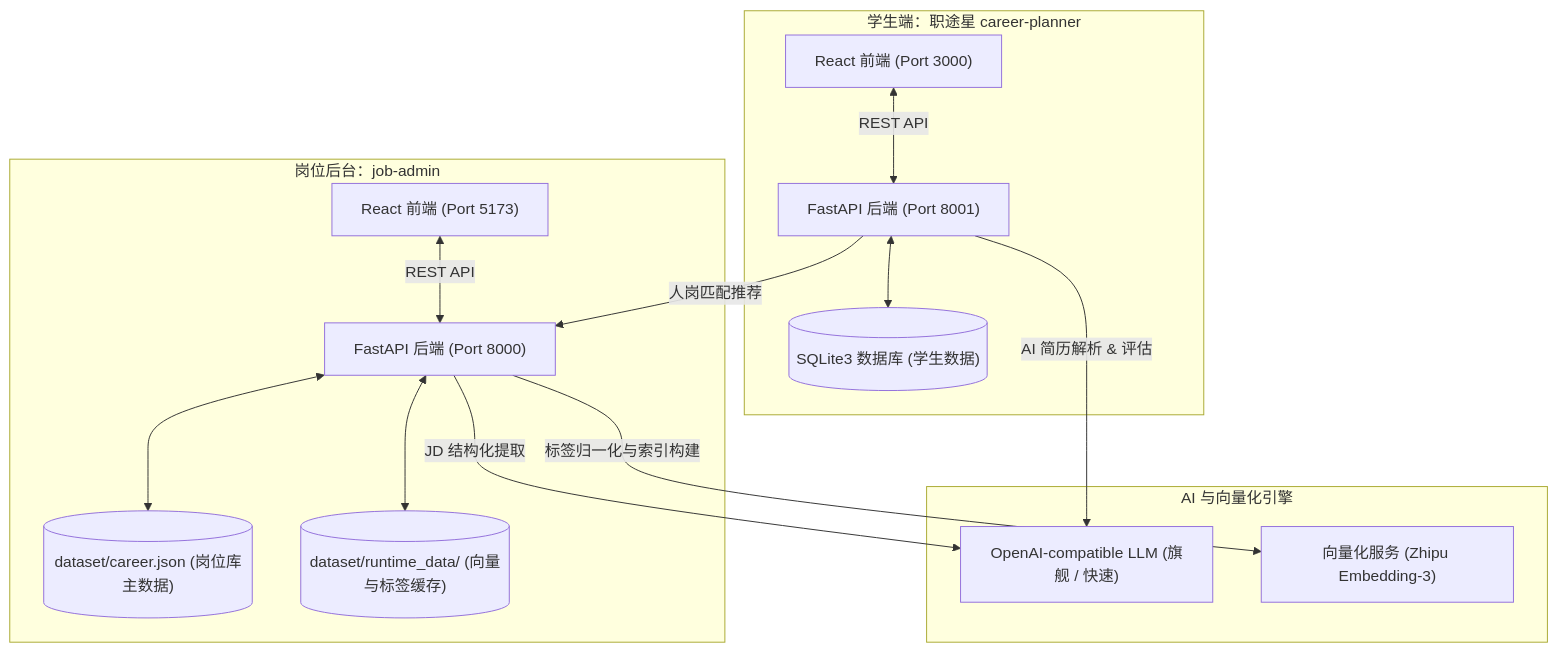
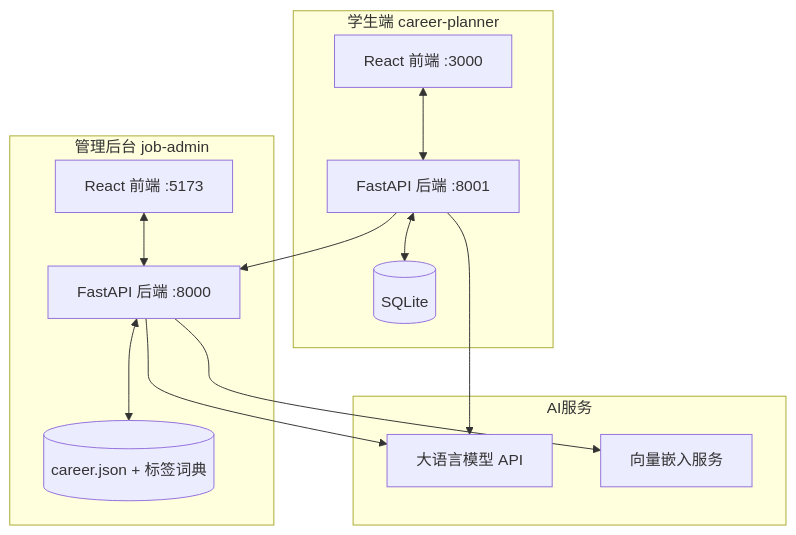
The diagram in README.md (connectedGraph/ai-job-match), drawn with Mermaid before and after one commit. The commit also changed other lines of this file and 65 other files, not shown here.

````diff
--- a/README.md
+++ b/README.md
@@ -54,30 +65,28 @@
 ```mermaid
 graph TD
-  subgraph StudentClient [学生端：职途星 career-planner]
-    CP_FE["React 前端 (Port 3000)"]
-    CP_BE["FastAPI 后端 (Port 8001)"]
-    SQLite[("SQLite3 数据库 (学生数据)")]
-    CP_FE <-->|REST API| CP_BE
-    CP_BE <--> SQLite
+  subgraph 学生端 [学生端 career-planner]
+    CP_FE[React 前端 :3000]
+    CP_BE[FastAPI 后端 :8001]
+    CP_DB[(SQLite)]
+    CP_FE <--> CP_BE
+    CP_BE <--> CP_DB
   end
 
-  subgraph AdminClient [岗位后台：job-admin]
-    JA_FE["React 前端 (Port 5173)"]
-    JA_BE["FastAPI 后端 (Port 8000)"]
-    CareerJSON[("dataset/career.json (岗位库主数据)")]
-    RuntimeIndex[("dataset/runtime_data/ (向量与标签缓存)")]
-    JA_FE <-->|REST API| JA_BE
-    JA_BE <--> CareerJSON
-    JA_BE <--> RuntimeIndex
+  subgraph 管理后台 [管理后台 job-admin]
+    JA_FE[React 前端 :5173]
+    JA_BE[FastAPI 后端 :8000]
+    Dataset[(career.json + 标签词典)]
+    JA_FE <--> JA_BE
+    JA_BE <--> Dataset
   end
 
-  subgraph AIEngine [AI 与向量化引擎]
-    LLM["OpenAI-compatible LLM (旗舰 / 快速)"]
-    Embeddings["向量化服务 (Zhipu Embedding-3)"]
+  subgraph AI服务
+    LLM[大语言模型 API]
+    EMB[向量嵌入服务]
   end
 
-  CP_BE -->|AI 简历解析 & 评估| LLM
-  JA_BE -->|JD 结构化提取| LLM
-  JA_BE -->|标签归一化与索引构建| Embeddings
-  CP_BE -->|人岗匹配推荐| JA_BE
+  CP_BE --> LLM
+  CP_BE --> JA_BE
+  JA_BE --> LLM
+  JA_BE --> EMB
 ```
````
